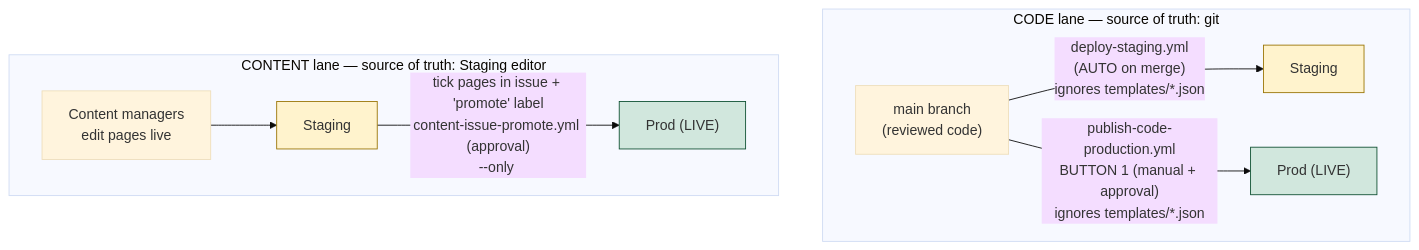
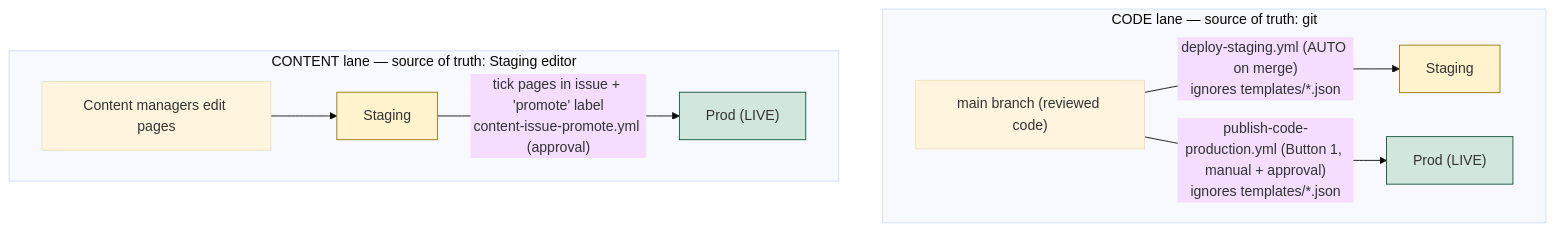
Before and after one commit to chinmaycoditas/skin-stylus-coditas: the diagram in docs/THEME_CI_CD.md, drawn with Mermaid (base theme). The commit also changed other lines of this file, not shown here.

````diff
--- a/docs/THEME_CI_CD.md
+++ b/docs/THEME_CI_CD.md
@@ -30,20 +39,18 @@
 ```mermaid
 flowchart TB
     subgraph CODE["CODE lane — source of truth: git"]
         direction LR
-        Git["main branch\n(reviewed code)"]
-        Git -->|"deploy-staging.yml\n(AUTO on merge)\nignores templates/*.json"| StgC["Staging"]
-        Git -->|"publish-code-production.yml\nBUTTON 1 (manual + approval)\nignores templates/*.json"| ProdC["Prod (LIVE)"]
+        Git["main branch (reviewed code)"]
+        Git -->|"deploy-staging.yml (AUTO on merge)\nignores templates/*.json"| StgC["Staging"]
+        Git -->|"publish-code-production.yml (Button 1, manual + approval)\nignores templates/*.json"| ProdC["Prod (LIVE)"]
     end
-
     subgraph CONTENT["CONTENT lane — source of truth: Staging editor"]
         direction LR
-        Editor["Content managers\nedit pages live"] --> StgD["Staging"]
-        StgD -->|"tick pages in issue + 'promote' label\ncontent-issue-promote.yml (approval)\n--only <ticked pages>"| ProdD["Prod (LIVE)"]
+        Editor["Content managers edit pages"] --> StgD["Staging"]
+        StgD -->|"tick pages in issue + 'promote' label\ncontent-issue-promote.yml (approval)"| ProdD["Prod (LIVE)"]
     end
-
     style ProdC fill:#d1e7dd,stroke:#0f5132
     style ProdD fill:#d1e7dd,stroke:#0f5132
     style StgC fill:#fff3cd,stroke:#997404
     style StgD fill:#fff3cd,stroke:#997404
 ```
````
